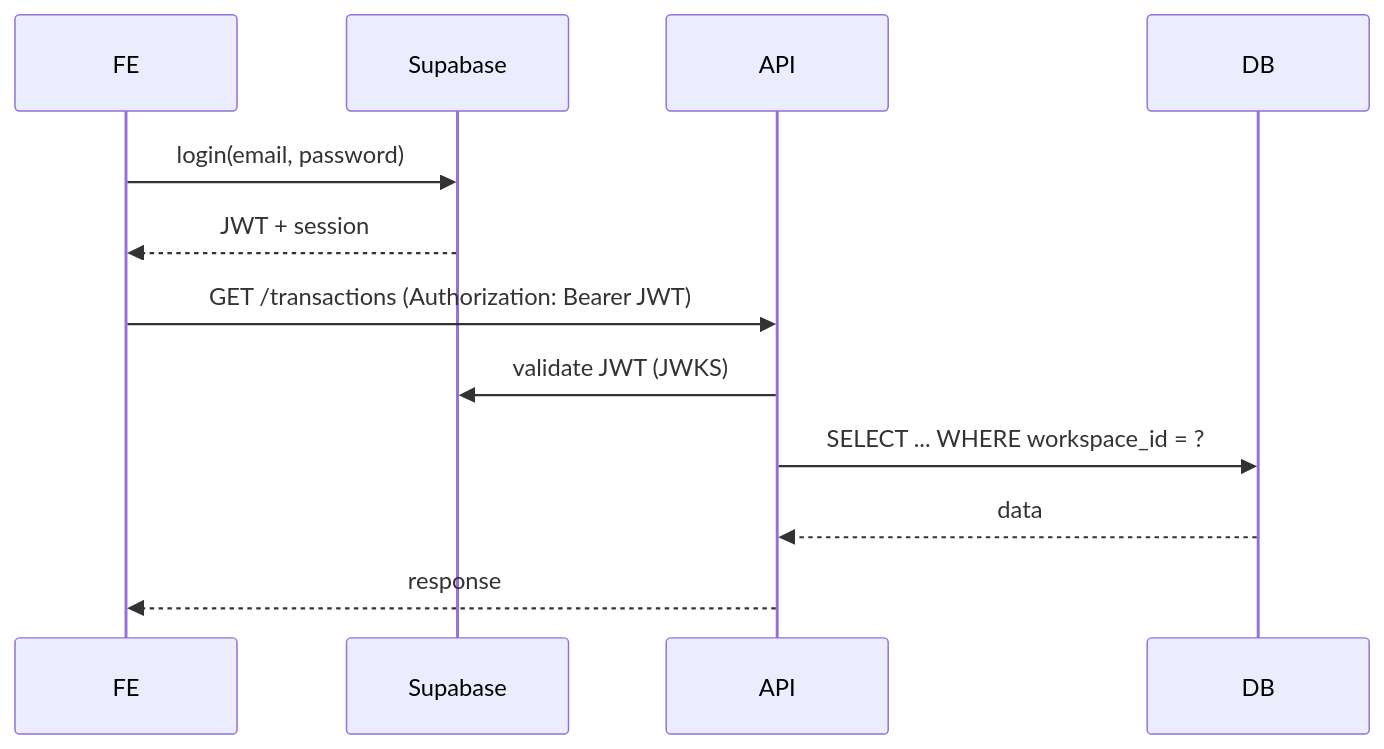
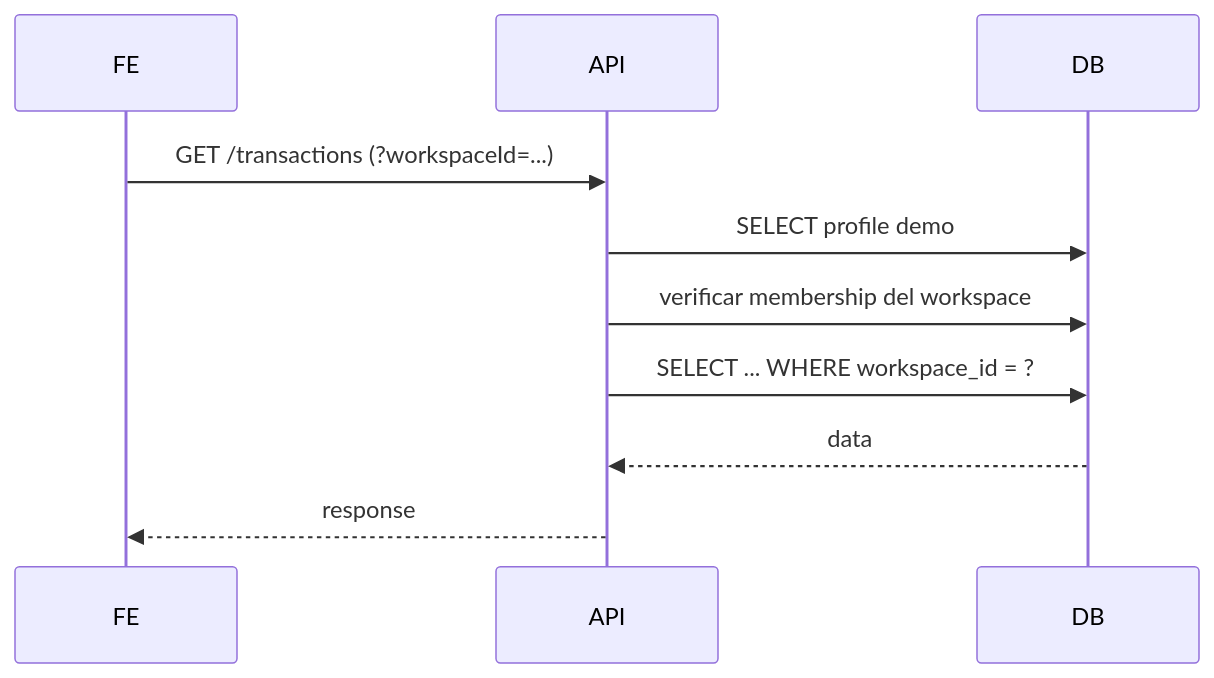
One commit to milagros-marquina-jumi/korapay-personal changed the second of 2 diagrams in docs/architecture.md. Above: the diagram before and after it, drawn with Mermaid. The commit also changed other lines of this file and 141 other files, not shown here.

````diff
--- a/docs/architecture.md
+++ b/docs/architecture.md
@@ -59,10 +57,9 @@
 ```mermaid
 sequenceDiagram
-    FE->>Supabase: login(email, password)
-    Supabase-->>FE: JWT + session
-    FE->>API: GET /transactions (Authorization: Bearer JWT)
-    API->>Supabase: validate JWT (JWKS)
+    FE->>API: GET /transactions (?workspaceId=...)
+    API->>DB: SELECT profile demo
+    API->>DB: verificar membership del workspace
     API->>DB: SELECT ... WHERE workspace_id = ?
     DB-->>API: data
     API-->>FE: response
 ```
````
